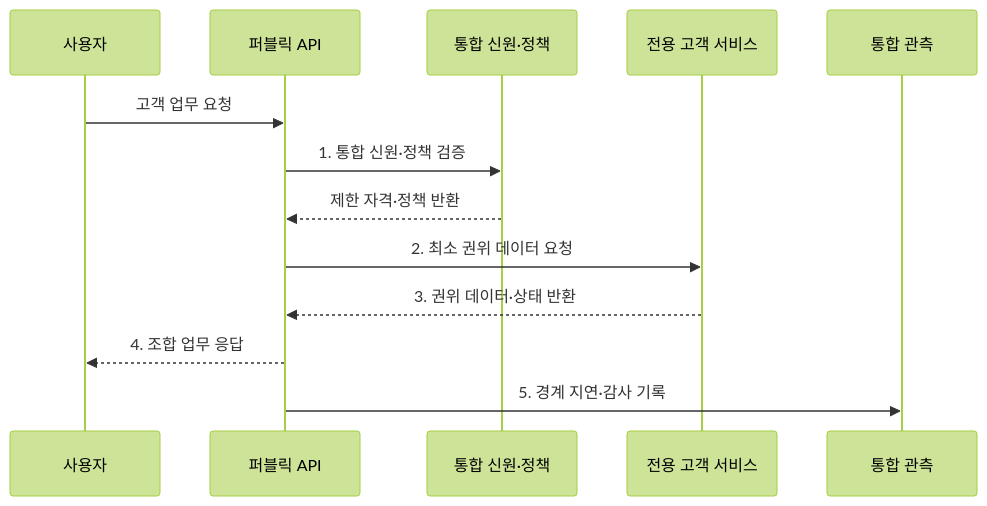
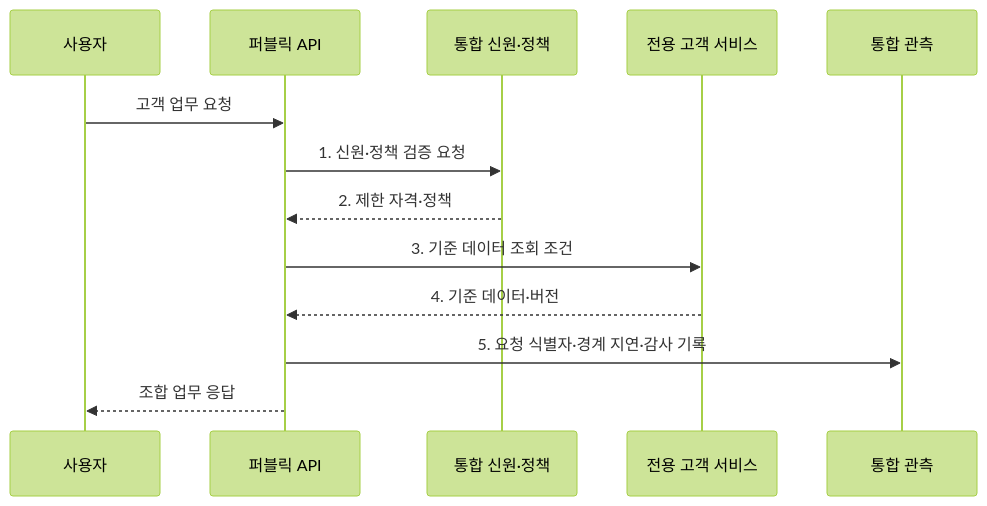
One commit to agnusdei1207/knowledge-base changed the second of 2 diagrams in src/content/docs/notes/03-software/144_hybrid_cloud.md. Above: the diagram before and after it, drawn with Mermaid (forest theme). The commit also changed other lines of this file and 20 other files, not shown here.

````diff
--- a/src/content/docs/notes/03-software/144_hybrid_cloud.md
+++ b/src/content/docs/notes/03-software/144_hybrid_cloud.md
@@ -81,15 +86,15 @@
 ```mermaid
 sequenceDiagram
     participant U as 사용자
     participant P as 퍼블릭 API
     participant I as 통합 신원·정책
     participant R as 전용 고객 서비스
     participant O as 통합 관측
     U->>P: 고객 업무 요청
-    P->>I: 1. 통합 신원·정책 검증
-    I-->>P: 제한 자격·정책 반환
-    P->>R: 2. 최소 권위 데이터 요청
-    R-->>P: 3. 권위 데이터·상태 반환
-    P-->>U: 4. 조합 업무 응답
-    P->>O: 5. 경계 지연·감사 기록
+    P->>I: 1. 신원·정책 검증 요청
+    I-->>P: 2. 제한 자격·정책
+    P->>R: 3. 기준 데이터 조회 조건
+    R-->>P: 4. 기준 데이터·버전
+    P->>O: 5. 요청 식별자·경계 지연·감사 기록
+    P-->>U: 조합 업무 응답
 ```
````
